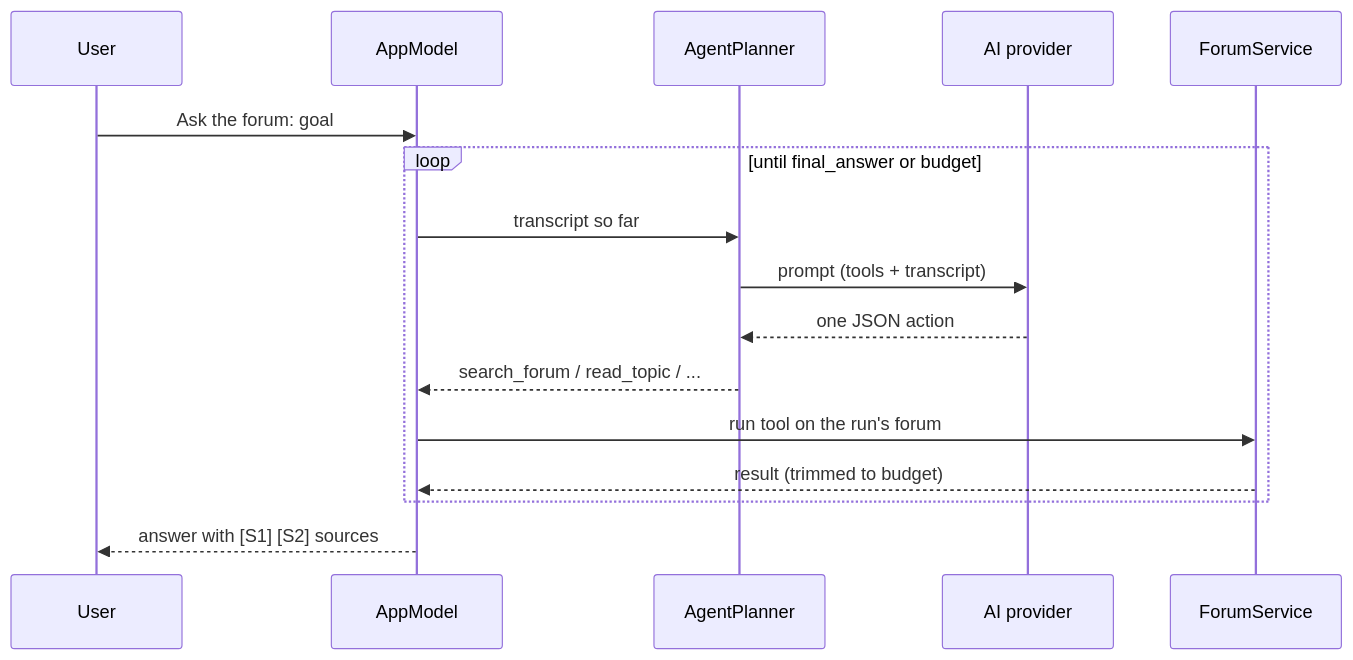
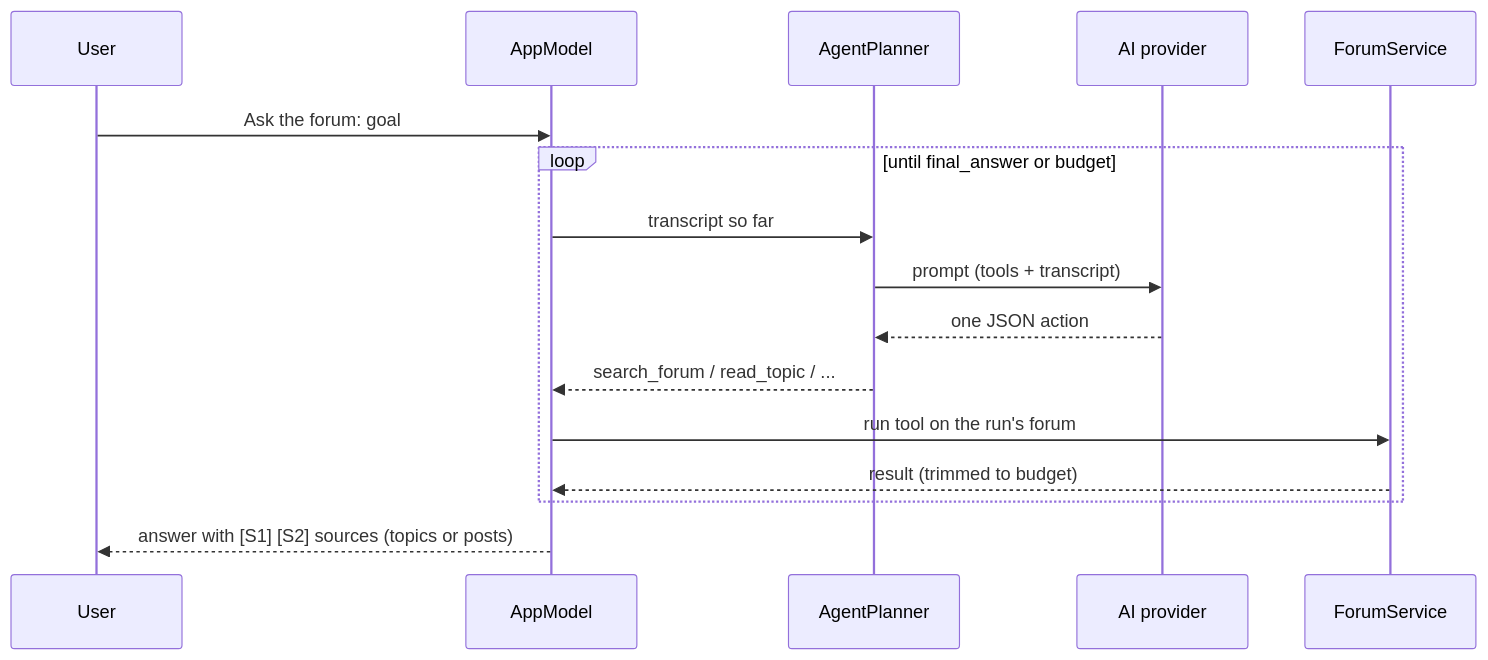
Before and after one commit to kccarlos/forumind: the second of 3 diagrams in docs/ARCHITECTURE.md, drawn with Mermaid. The commit also changed other lines of this file and 60 other files, not shown here.

````diff
--- a/docs/ARCHITECTURE.md
+++ b/docs/ARCHITECTURE.md
@@ -181,18 +234,18 @@
 ```mermaid
 sequenceDiagram
   participant U as User
   participant M as AppModel
   participant P as AgentPlanner
   participant AI as AI provider
   participant F as ForumService
   U->>M: Ask the forum: goal
   loop until final_answer or budget
     M->>P: transcript so far
     P->>AI: prompt (tools + transcript)
     AI-->>P: one JSON action
     P-->>M: search_forum / read_topic / ...
     M->>F: run tool on the run's forum
     F-->>M: result (trimmed to budget)
   end
-  M-->>U: answer with [S1] [S2] sources
+  M-->>U: answer with [S1] [S2] sources (topics or posts)
 ```
````
